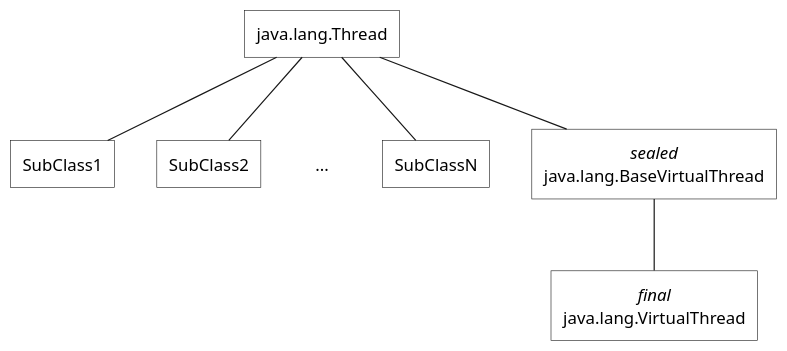
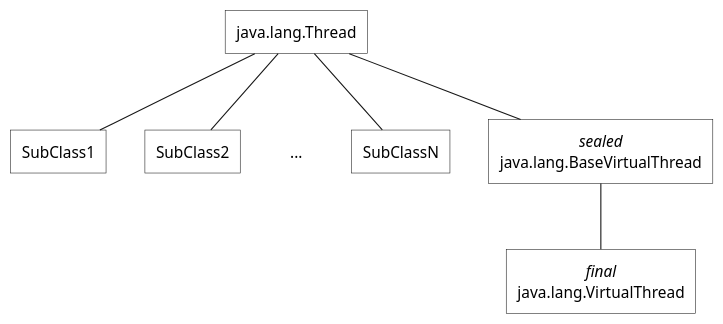
The diagram in images/thread_class_diagram.puml (ti-cortex-m4/demo-java-virtual-threads2), drawn with PlantUML before and after one commit. The commit also changed 3 other files, not shown here.

```diff
--- a/images/thread_class_diagram.puml
+++ b/images/thread_class_diagram.puml
@@ -1,36 +1,36 @@
 @startuml
 
-scale 1.2
+scale 1.1
 
 <style>
     card {
         LineColor transparent
     }
 }
 </style>
 
 skinparam {
     defaultTextAlignment center
     roundCorner 0
     CardBackgroundColor transparent
     RectangleBackgroundColor transparent
     RectangleFontName Source Sans Pro
     RectangleFontStyle normal
 }
 
 rectangle "java.lang.Thread" as Thread
 rectangle SubClass1
 rectangle SubClass2
 card "..." as SubClass3
 rectangle SubClassN
 rectangle "<i>sealed</i>\njava.lang.BaseVirtualThread" as BaseVirtualThread
 rectangle "<i>final</i>\njava.lang.VirtualThread" as VirtualThread
 
 Thread -down- SubClass1
 Thread -down- SubClass2
 Thread -down[hidden]- SubClass3
 Thread -down- SubClassN
 Thread -down- BaseVirtualThread
 BaseVirtualThread -down- VirtualThread
 
 @enduml
```
